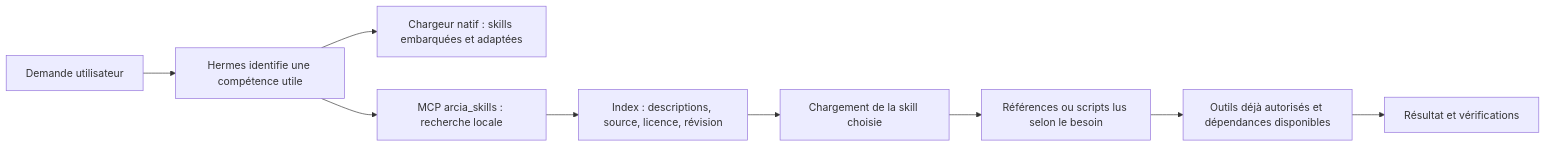
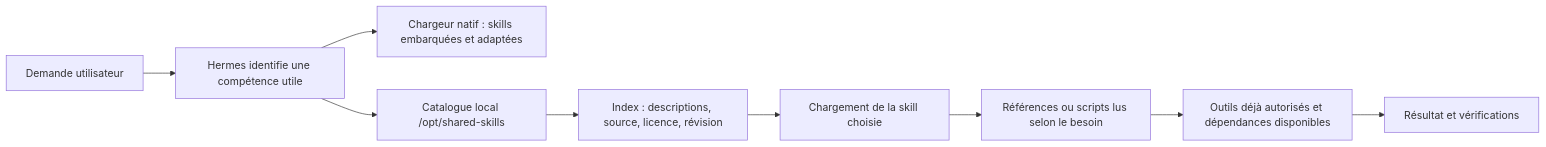
Before and after one commit to nicolastheuil/ArcIA: the diagram in docs/guides/skills.md, drawn with Mermaid. The commit also changed other lines of this file and 86 other files, not shown here.

````diff
--- a/docs/guides/skills.md
+++ b/docs/guides/skills.md
@@ -27,11 +23,11 @@
 ```mermaid
 flowchart LR
   U[Demande utilisateur] --> H[Hermes identifie une compétence utile]
   H --> N[Chargeur natif : skills embarquées et adaptées]
-  H --> S[MCP arcia_skills : recherche locale]
+  H --> S[Catalogue local /opt/shared-skills]
   S --> I[Index : descriptions, source, licence, révision]
   I --> L[Chargement de la skill choisie]
   L --> R[Références ou scripts lus selon le besoin]
   R --> T[Outils déjà autorisés et dépendances disponibles]
   T --> V[Résultat et vérifications]
 ```
````
